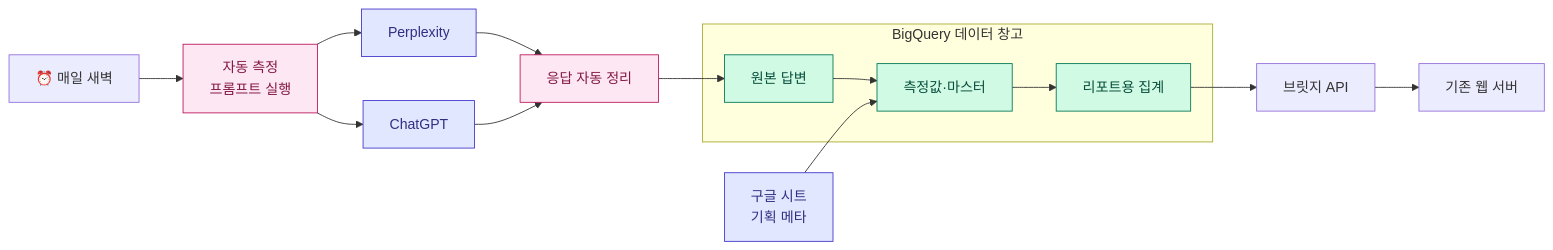
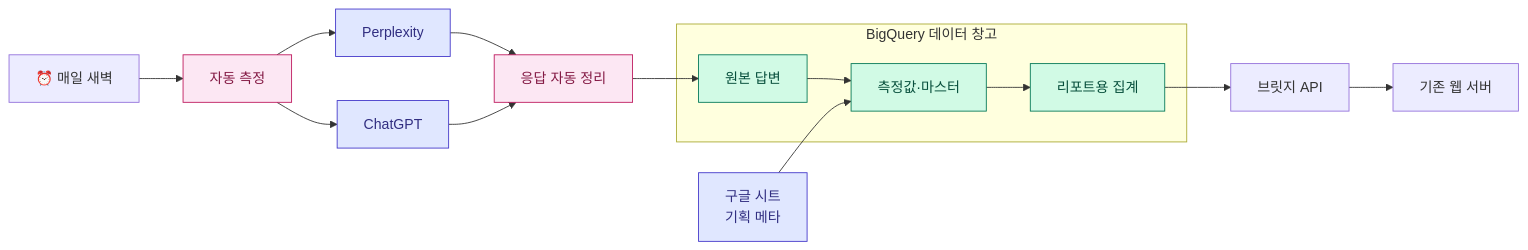
The second of 4 diagrams in docs/ADMIN_PLAN.md (mts8787-droid/my-geo-newsletter), drawn with Mermaid before and after one commit. The commit also changed other lines of this file, not shown here.

````diff
--- a/docs/ADMIN_PLAN.md
+++ b/docs/ADMIN_PLAN.md
@@ -128,29 +188,28 @@
 ```mermaid
 flowchart LR
   classDef src fill:#E0E7FF,stroke:#4338CA,color:#312E81
   classDef run fill:#FCE7F3,stroke:#BE185D,color:#831843
   classDef bq fill:#D1FAE5,stroke:#047857,color:#064E3B
 
   새벽[⏰ 매일 새벽]
-
   Perp[Perplexity]:::src
   GPT[ChatGPT]:::src
   시트[구글 시트<br/>기획 메타]:::src
 
-  자동측정[자동 측정<br/>프롬프트 실행]:::run
+  자동측정[자동 측정]:::run
   자동정리[응답 자동 정리]:::run
 
   subgraph 창고["BigQuery 데이터 창고"]
     원본[원본 답변]:::bq
     팩트[측정값·마스터]:::bq
     리포트[리포트용 집계]:::bq
   end
 
   브릿지[브릿지 API]
   웹[기존 웹 서버]
 
   새벽 --> 자동측정 --> Perp & GPT
   Perp & GPT --> 자동정리 --> 원본 --> 팩트 --> 리포트
   시트 --> 팩트
   리포트 --> 브릿지 --> 웹
 ```
````
